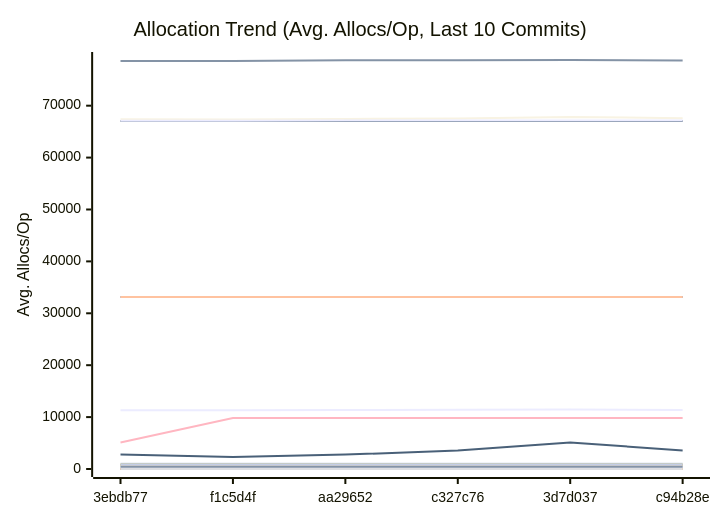
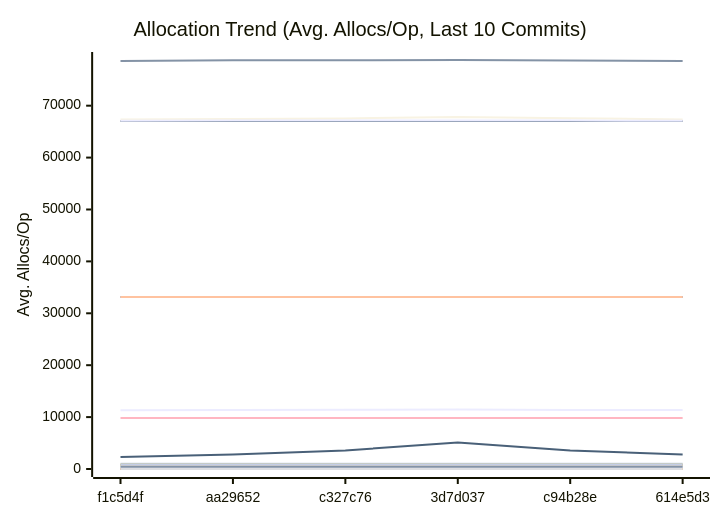
One commit to alsotoes/momo changed the third of 3 diagrams in docs/PERFORMANCE.md. Above: the diagram before and after it, drawn with Mermaid. The commit also changed other lines of this file and 1 other file, not shown here.

````diff
--- a/docs/PERFORMANCE.md
+++ b/docs/PERFORMANCE.md
@@ -360,44 +360,44 @@
 ```mermaid
 xychart-beta
     title "Allocation Trend (Avg. Allocs/Op, Last 10 Commits)"
     x-axis "Commit"
     y-axis "Avg. Allocs/Op"
-    x-axis [3ebdb77,f1c5d4f,aa29652,c327c76,3d7d037,c94b28e]
-    line "AWSChunkedReaderSigned" [11331,11309,11357,11392,11480,11346,11370,11345,11319,11351]
-    line "AWSChunkedReaderUnsigned" [78609,78603,78751,78742,78802,78690,78621,78704,78640,78777]
+    x-axis [f1c5d4f,aa29652,c327c76,3d7d037,c94b28e,614e5d3]
+    line "AWSChunkedReaderSigned" [11309,11357,11392,11480,11346,11370,11345,11319,11351,11392]
+    line "AWSChunkedReaderUnsigned" [78603,78751,78742,78802,78690,78621,78704,78640,78777,78804]
     line "CheckMetricsAndSwap" [0,0,0,0,0,0,0,0,0,0]
     line "CrushOptimized" [0,0,0,0,0,0,0,0,0,0]
     line "CrushOriginal" [3,3,3,3,3,3,3,3,3,3]
     line "FormatListObjectsV2XML_AppendFormat" [16,16,16,16,16,16,16,16,16,16]
     line "FormatListObjectsV2XML_OldFormat" [1000,1000,1000,1000,1000,1000,1000,1000,1000,1000]
     line "HashBytes/1MiB" [64,64,64,64,64,64,64,64,64,64]
     line "HashBytes/256MiB" [64,64,64,64,64,64,64,64,64,64]
     line "HashBytes/64MiB" [64,64,64,64,64,64,64,64,64,64]
     line "HashFile/1MiB" [33128,33128,33128,33128,33128,33128,33128,33128,33128,33128]
     line "HashFile/256MiB" [33128,33128,33128,33128,33128,33128,33128,33128,33128,33128]
     line "HashFile/64MiB" [33128,33128,33128,33128,33128,33128,33128,33128,33128,33128]
     line "IndexDirectTracking" [0,0,0,0,0,0,0,0,0,0]
     line "IndexSearch" [0,0,0,0,0,0,0,0,0,0]
     line "LastModifiedHeader_AppendFormat" [0,0,0,0,0,0,0,0,0,0]
     line "LastModifiedHeader_Format" [1,1,1,1,1,1,1,1,1,1]
     line "LoadGlobalConfig" [58,58,58,58,58,58,58,58,58,58]
-    line "LocalWrite/1MiB" [67028,67031,67046,67042,67042,67033,67031,67039,67040,67044]
-    line "LocalWrite/256MiB" [67403,67338,67449,67537,67838,67598,67348,67405,67488,67564]
-    line "LocalWrite/64MiB" [67097,67088,67134,67134,67169,67134,67099,67099,67127,67078]
+    line "LocalWrite/1MiB" [67031,67046,67042,67042,67033,67031,67039,67040,67044,67048]
+    line "LocalWrite/256MiB" [67338,67449,67537,67838,67598,67348,67405,67488,67564,67569]
+    line "LocalWrite/64MiB" [67088,67134,67134,67169,67134,67099,67099,67127,67078,67158]
     line "PadString" [1,1,1,1,1,1,1,1,1,1]
     line "ParseReplicationOrder_NoPrealloc" [6,6,6,6,6,5,5,5,5,5]
     line "ParseReplicationOrder_Prealloc" [2,2,2,2,2,1,1,1,1,1]
     line "Placement" [6,6,6,6,6,6,6,6,6,6]
     line "PlacementDomainSpread" [6,6,6,6,6,6,6,6,6,6]
-    line "ReadVerify/1MiB" [467,459,484,493,526,438,437,474,439,490]
-    line "ReadVerify/256MiB" [5120,9808,9808,9808,9808,9808,9808,9808,9808,9808]
-    line "ReadVerify/64MiB" [2776,2307,2776,3557,5120,3557,2776,2307,5120,3557]
-    line "S3PutSpool/1MiB" [448,447,448,448,448,448,447,448,447,447]
+    line "ReadVerify/1MiB" [459,484,493,526,438,437,474,439,490,440]
+    line "ReadVerify/256MiB" [9808,9808,9808,9808,9808,9808,9808,9808,9808,9808]
+    line "ReadVerify/64MiB" [2307,2776,3557,5120,3557,2776,2307,5120,3557,5120]
+    line "S3PutSpool/1MiB" [447,448,448,448,448,447,448,447,447,447]
     line "S3PutSpool/256MiB" [448,448,448,448,448,448,448,448,448,448]
     line "S3PutSpool/64MiB" [448,448,448,448,448,448,448,448,448,448]
     line "SanitizeLog/Safe" [0,0,0,0,0,0,0,0,0,0]
     line "SanitizeLog/Unsafe" [1,1,1,1,1,1,1,1,1,1]
-    line "TrustedRead/1MiB" [800,837,800,800,800,800,800,800,858,800]
+    line "TrustedRead/1MiB" [837,800,800,800,800,800,800,858,800,800]
     line "TrustedRead/256MiB" [800,800,800,800,800,800,800,800,800,800]
     line "TrustedRead/64MiB" [800,800,800,800,800,800,800,800,800,800]
 ```
````
